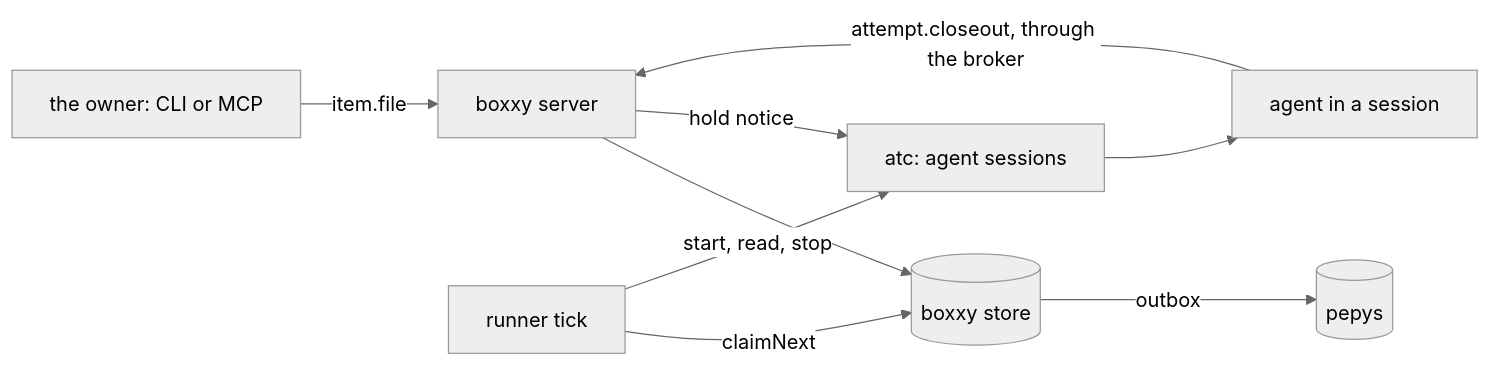
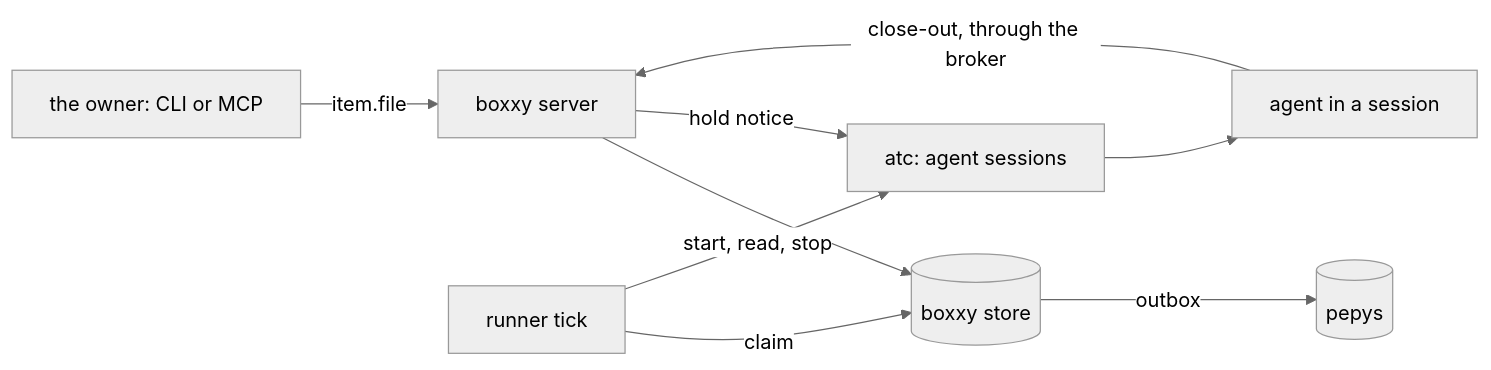
One commit to zgeoff/boxxy changed the first of 2 diagrams in docs/architecture/overview.md. Above: the diagram before and after it, drawn with Mermaid (neutral theme). The commit also changed other lines of this file and 1 other file, not shown here.

````diff
--- a/docs/architecture/overview.md
+++ b/docs/architecture/overview.md
@@ -11,11 +34,11 @@
 ```mermaid
 flowchart LR
   owner[the owner: CLI or MCP] -->|item.file| server[boxxy server]
   server --> store[(boxxy store)]
-  tick[runner tick] -->|claimNext| store
+  tick[runner tick] -->|claim| store
   tick -->|start, read, stop| atc[atc: agent sessions]
   atc --> agent[agent in a session]
-  agent -->|attempt.closeout, through the broker| server
+  agent -->|close-out, through the broker| server
   store -->|outbox| pepys[(pepys)]
   server -->|hold notice| atc
 ```
````
